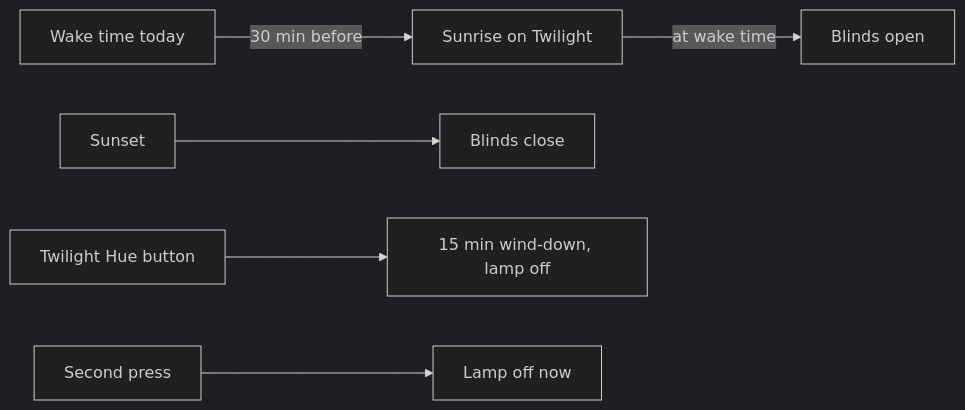
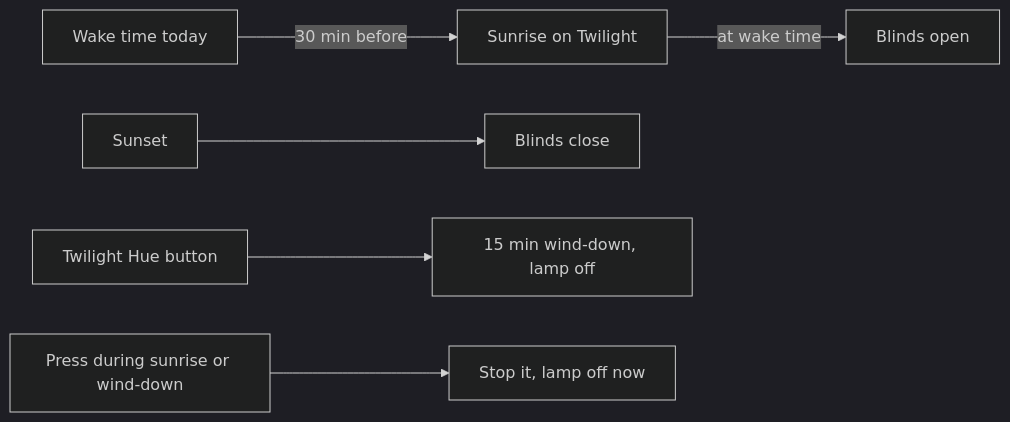
One commit to jomcgi-org/homelab changed the third of 3 diagrams in projects/platform-factory/home-assistant/README.md. Above: the diagram before and after it, drawn with Mermaid (dark theme). The commit also changed other lines of this file and 2 other files, not shown here.

First line of the commit message:
fix(home-assistant): cancel the sunrise from the Hue button, open Cast info ports

````diff
--- a/projects/platform-factory/home-assistant/README.md
+++ b/projects/platform-factory/home-assistant/README.md
@@ -67,8 +67,8 @@
 ```mermaid
 flowchart LR
   W[Wake time today] -->|30 min before| S[Sunrise on Twilight]
   S -->|at wake time| O[Blinds open]
   SS[Sunset] --> C[Blinds close]
   B[Twilight Hue button] --> D[15 min wind-down, lamp off]
-  B2[Second press] --> X[Lamp off now]
+  B2[Press during sunrise or wind-down] --> X[Stop it, lamp off now]
 ```
````
